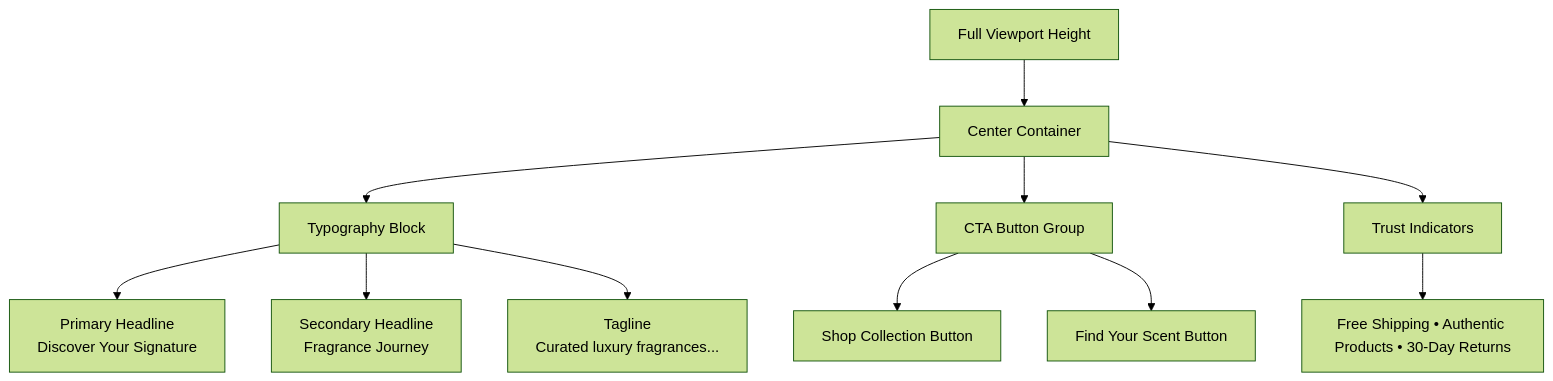
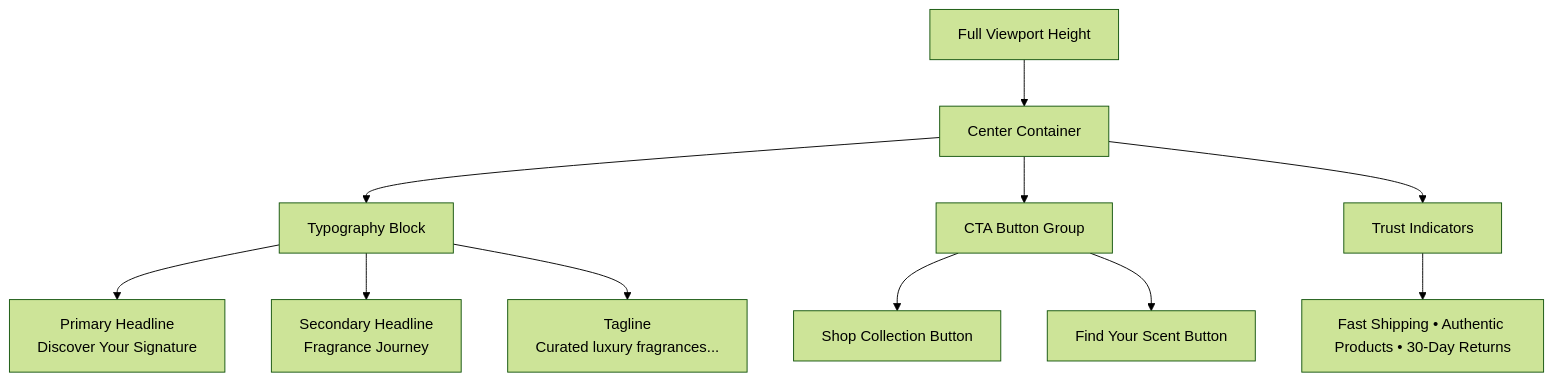
Before and after one commit to itxcristy/perfumes: the sixth of 6 diagrams in .qoder/quests/luxury-perfume-hero-section.md, drawn with Mermaid (forest theme). The commit also changed other lines of this file and 497 other files, not shown here.

````diff
--- a/.qoder/quests/luxury-perfume-hero-section.md
+++ b/.qoder/quests/luxury-perfume-hero-section.md
@@ -796,16 +796,16 @@
 ```mermaid
 graph TB
     A[Full Viewport Height] --> B[Center Container]
     B --> C[Typography Block]
     B --> D[CTA Button Group]
     B --> E[Trust Indicators]
     
     C --> F[Primary Headline<br/>Discover Your Signature]
     C --> G[Secondary Headline<br/>Fragrance Journey]
     C --> H[Tagline<br/>Curated luxury fragrances...]
     
     D --> I[Shop Collection Button]
     D --> J[Find Your Scent Button]
     
-    E --> K[Free Shipping • Authentic Products • 30-Day Returns]
+    E --> K[Fast Shipping • Authentic Products • 30-Day Returns]
 ```
````
